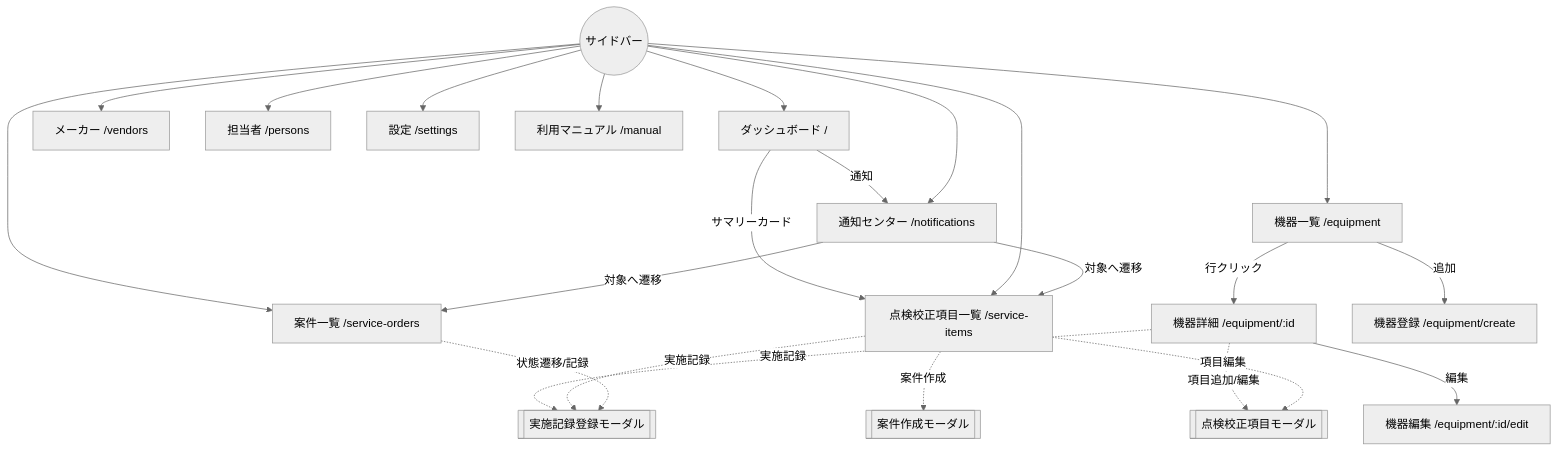
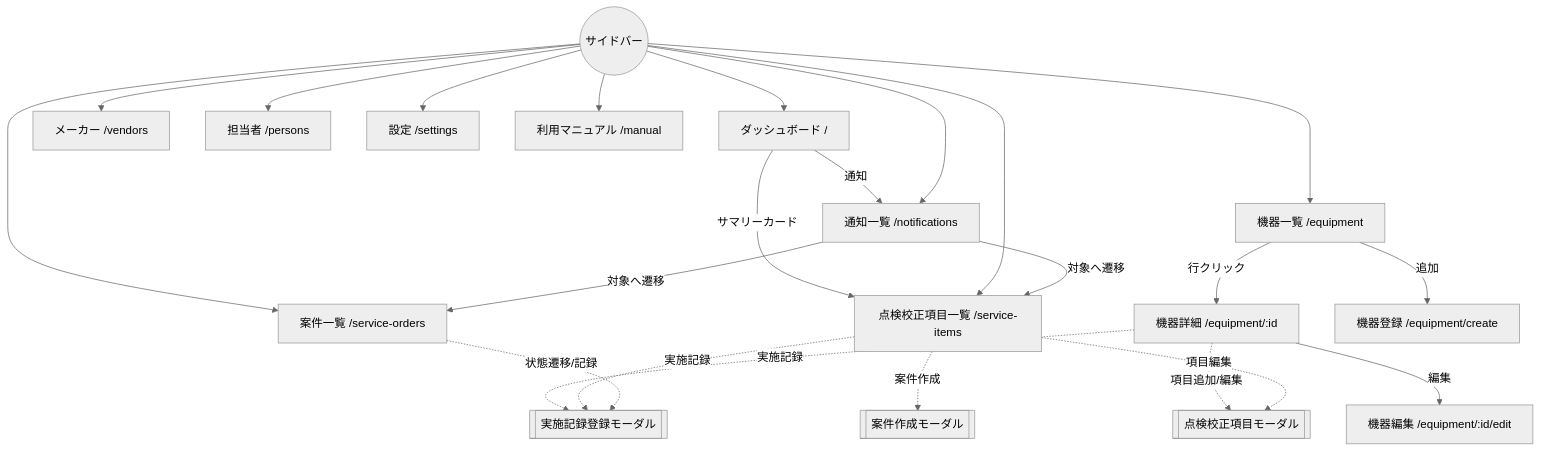
One commit to KyoheiTashiro/calibration-manager changed the diagram in docs/spec/screen-design/README.md. Above: the diagram before and after it, drawn with Mermaid (neutral theme). The commit also changed other lines of this file and 11 other files, not shown here.

````diff
--- a/docs/spec/screen-design/README.md
+++ b/docs/spec/screen-design/README.md
@@ -143,17 +143,17 @@
 ```mermaid
 flowchart TD
     Dash[ダッシュボード /] -->|サマリーカード| ServiceItems[点検校正項目一覧 /service-items]
-    Dash -->|通知| Notice[通知センター /notifications]
+    Dash -->|通知| Notice[通知一覧 /notifications]
     Sidebar((サイドバー)) --> Dash & EqList[機器一覧 /equipment] & ServiceItems & Orders[案件一覧 /service-orders] & Vendors[メーカー /vendors] & Persons[担当者 /persons] & Notice & Settings[設定 /settings] & Manual[利用マニュアル /manual]
     EqList -->|行クリック| EqDetail[機器詳細 /equipment/:id]
     EqList -->|追加| EqCreate[機器登録 /equipment/create]
     EqDetail -->|編集| EqEdit[機器編集 /equipment/:id/edit]
     EqDetail -.項目追加/編集.-> ServiceItemModal[[点検校正項目モーダル]]
     EqDetail -.実施記録.-> RecModal[[実施記録登録モーダル]]
     ServiceItems -.実施記録.-> RecModal
     ServiceItems -.案件作成.-> ServiceOrderModal[[案件作成モーダル]]
     ServiceItems -.項目編集.-> ServiceItemModal
     Orders -.状態遷移/記録.-> RecModal
     Notice -->|対象へ遷移| ServiceItems
     Notice -->|対象へ遷移| Orders
 ```
````
